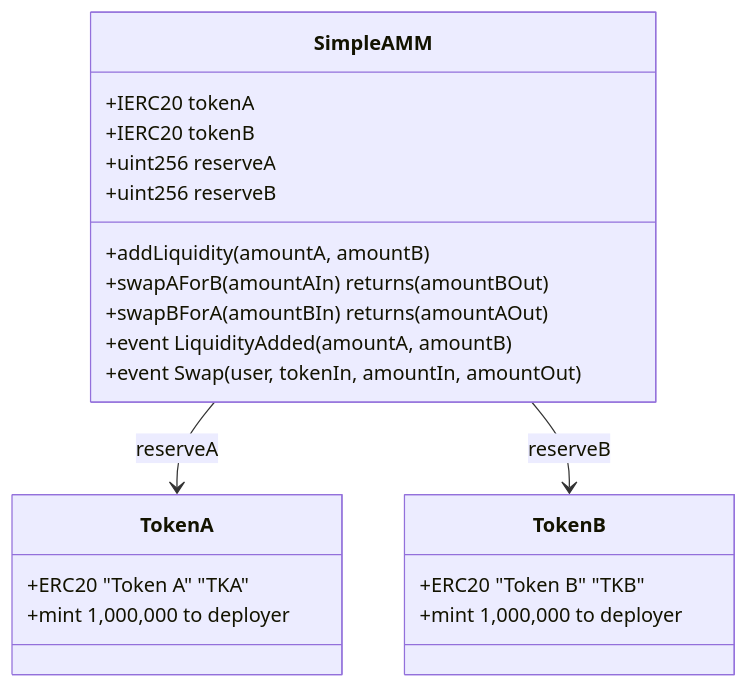
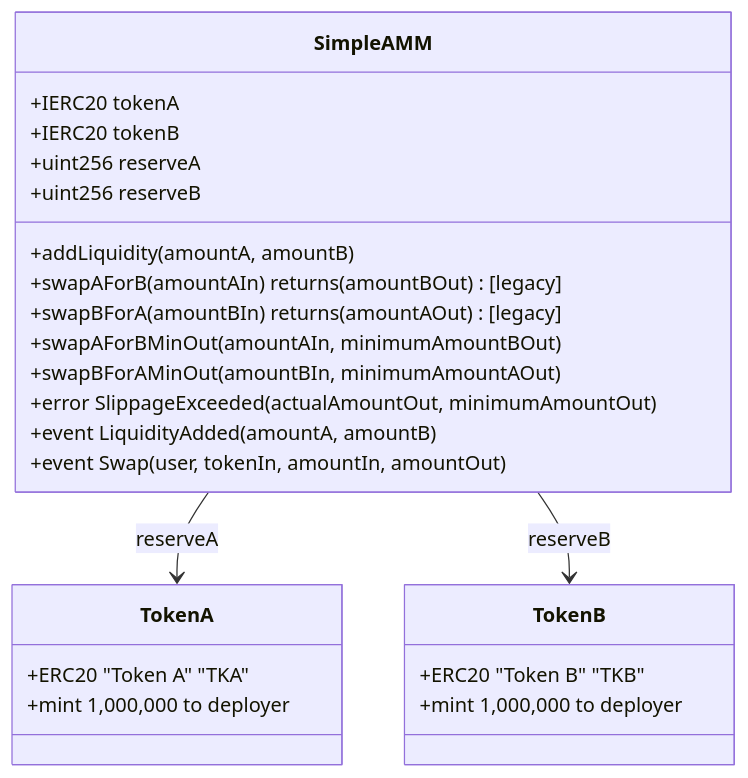
One commit to kk666679/defi-amm changed the second of 8 diagrams in README.md. Above: the diagram before and after it, drawn with Mermaid. The commit also changed other lines of this file and 39 other files, not shown here.

````diff
--- a/README.md
+++ b/README.md
@@ -92,27 +97,30 @@
 ```mermaid
 classDiagram
     class SimpleAMM {
         +IERC20 tokenA
         +IERC20 tokenB
         +uint256 reserveA
         +uint256 reserveB
         +addLiquidity(amountA, amountB)
-        +swapAForB(amountAIn) returns(amountBOut)
-        +swapBForA(amountBIn) returns(amountAOut)
+        +swapAForB(amountAIn) returns(amountBOut) [legacy]
+        +swapBForA(amountBIn) returns(amountAOut) [legacy]
+        +swapAForBMinOut(amountAIn, minimumAmountBOut)
+        +swapBForAMinOut(amountBIn, minimumAmountAOut)
+        +error SlippageExceeded(actualAmountOut, minimumAmountOut)
         +event LiquidityAdded(amountA, amountB)
         +event Swap(user, tokenIn, amountIn, amountOut)
     }
 
     class TokenA {
         +ERC20 "Token A" "TKA"
         +mint 1,000,000 to deployer
     }
 
     class TokenB {
         +ERC20 "Token B" "TKB"
         +mint 1,000,000 to deployer
     }
 
     SimpleAMM --> TokenA : reserveA
     SimpleAMM --> TokenB : reserveB
 ```
````
